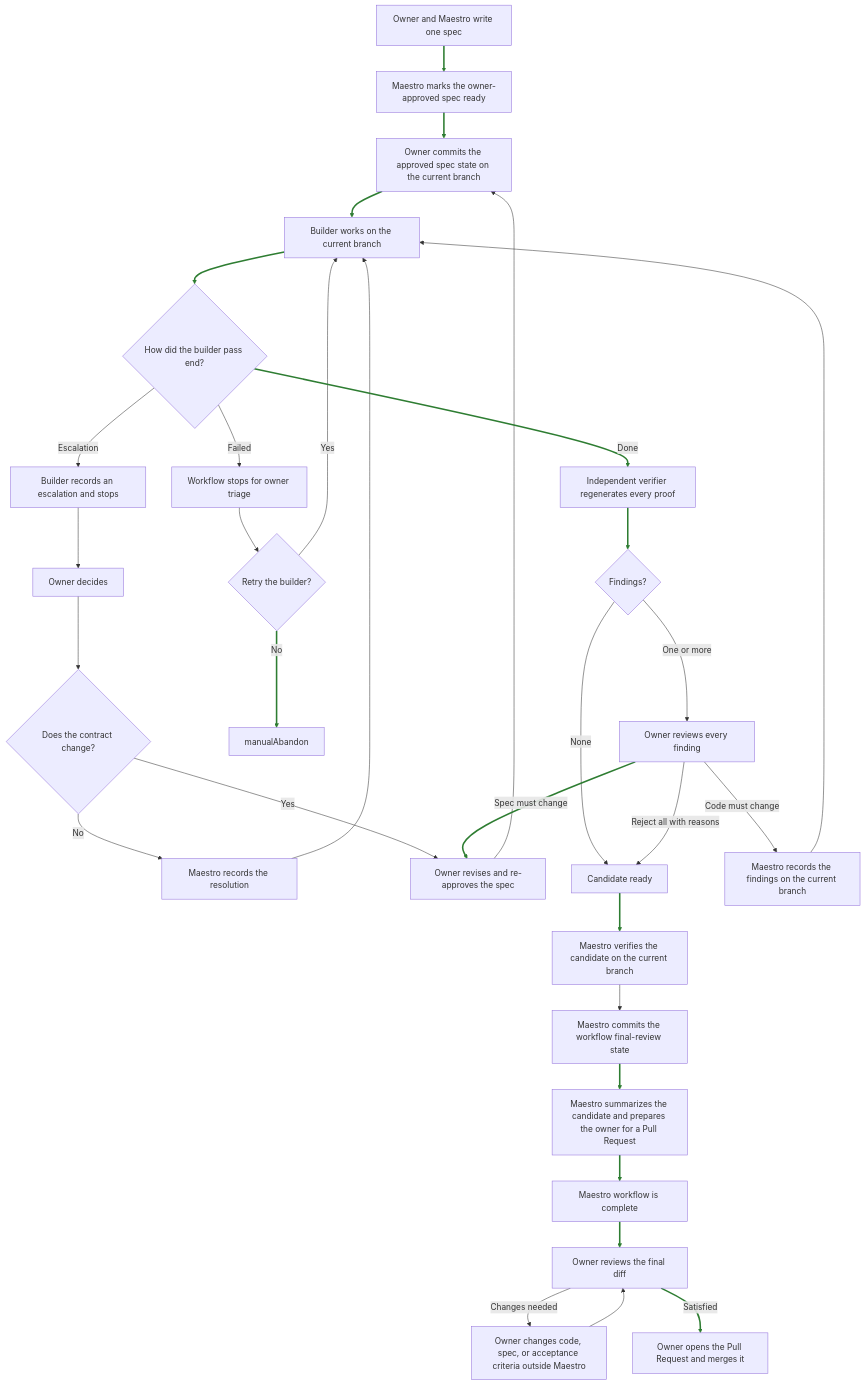
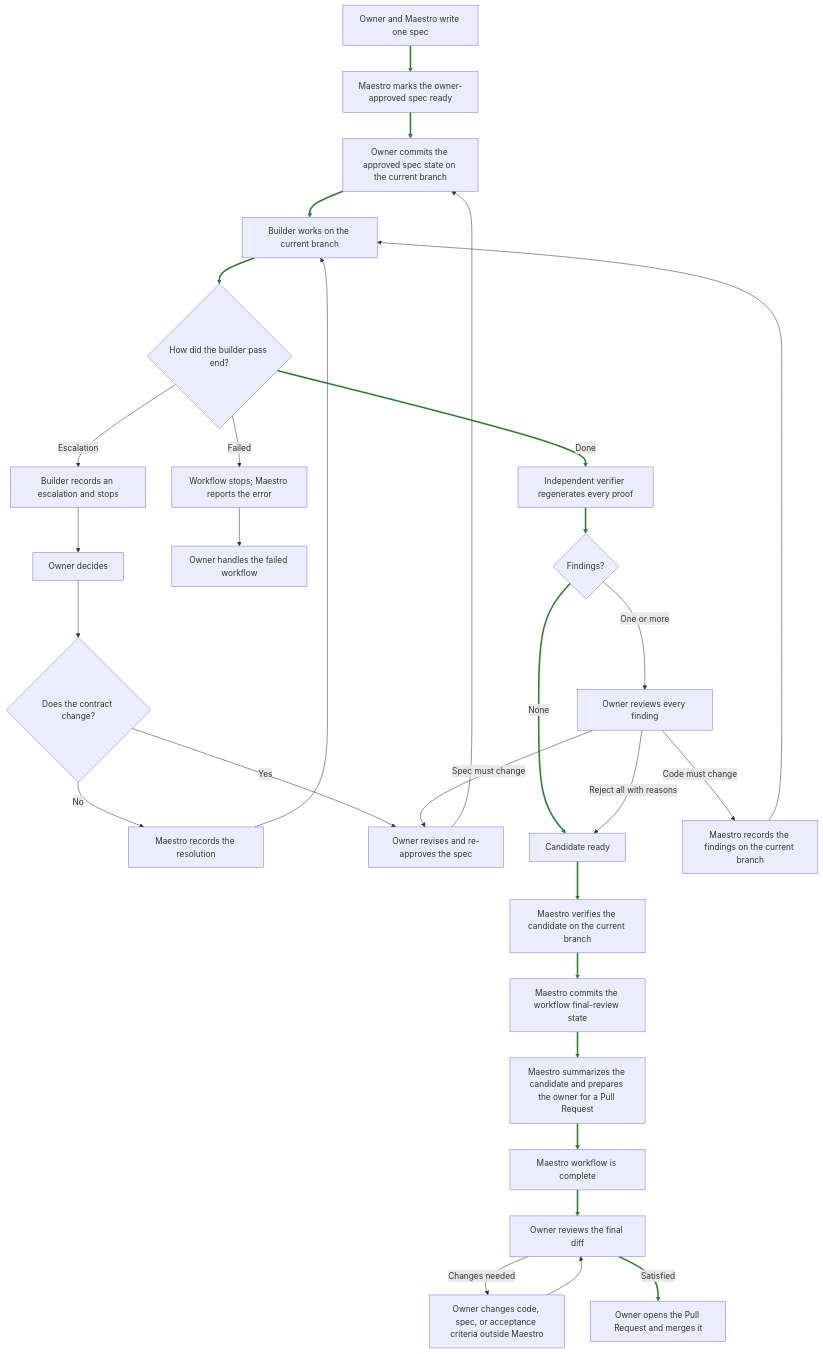
Before and after one commit to emilioSp/pi-maestro: the diagram in plan.md, drawn with Mermaid. The commit also changed other lines of this file, not shown here.

````diff
--- a/plan.md
+++ b/plan.md
@@ -684,50 +685,48 @@
 ```mermaid
 flowchart TD
     spec[Owner and Maestro write one spec]
     ready[Maestro marks the owner-approved spec ready]
     approval[Owner commits the approved spec state on the current branch]
     build[Builder works on the current branch]
     buildOutcome{How did the builder pass end?}
 
     spec --> ready
     ready --> approval
     approval --> build
     build --> buildOutcome
 
     buildOutcome -->|Escalation| escalation[Builder records an escalation and stops]
     escalation --> ownerAnswer[Owner decides]
     ownerAnswer --> escalationOutcome{Does the contract change?}
     escalationOutcome -->|No| recordContinue[Maestro records the resolution]
     recordContinue --> build
     escalationOutcome -->|Yes| reviseSpec[Owner revises and re-approves the spec]
     reviseSpec --> approval
 
-    buildOutcome -->|Failed| builderFailed[Workflow stops for owner triage]
-    builderFailed --> retryBuilder{Retry the builder?}
-    retryBuilder -->|Yes| build
-    retryBuilder -->|No| manualAbandon
+    buildOutcome -->|Failed| builderFailed[Workflow stops; Maestro reports the error]
+    builderFailed --> manualAbandon[Owner handles the failed workflow]
 
     buildOutcome -->|Done| verify[Independent verifier regenerates every proof]
     verify --> findings{Findings?}
 
     findings -->|None| candidate[Candidate ready]
     findings -->|One or more| ownerFindings[Owner reviews every finding]
 
     ownerFindings -->|Reject all with reasons| candidate
     ownerFindings -->|Code must change| returnBuilder[Maestro records the findings on the current branch]
     returnBuilder --> build
 
     ownerFindings -->|Spec must change| reviseSpec
 
     candidate --> staged[Maestro verifies the candidate on the current branch]
     staged --> finalState[Maestro commits the workflow final-review state]
     finalState --> finalSummary[Maestro summarizes the candidate and prepares the owner for a Pull Request]
     finalSummary --> workflowDone[Maestro workflow is complete]
     workflowDone --> humanReview[Owner reviews the final diff]
 
     humanReview -->|Changes needed| adjust[Owner changes code, spec, or acceptance criteria outside Maestro]
     adjust --> humanReview
     humanReview -->|Satisfied| finalCommit[Owner opens the Pull Request and merges it]
 
-    linkStyle 0,1,2,3,14,15,16,22,23,25,26,27,30 stroke:#2e7d32,stroke-width:3px
+    linkStyle 0,1,2,3,13,14,15,21,22,23,24,25,28 stroke:#2e7d32,stroke-width:3px
 ```
````
